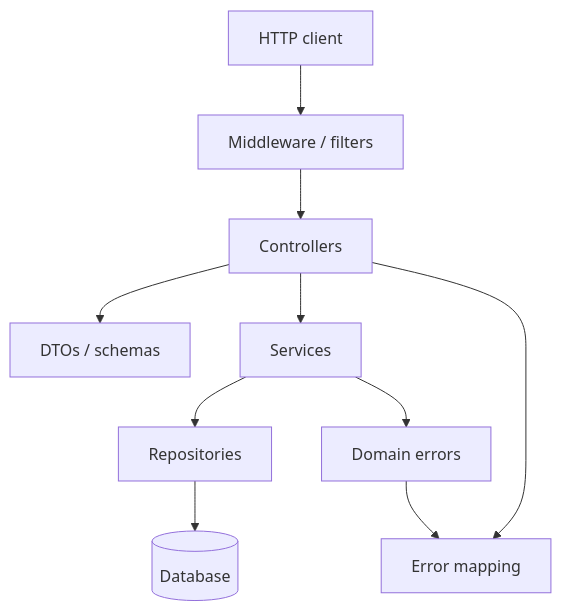
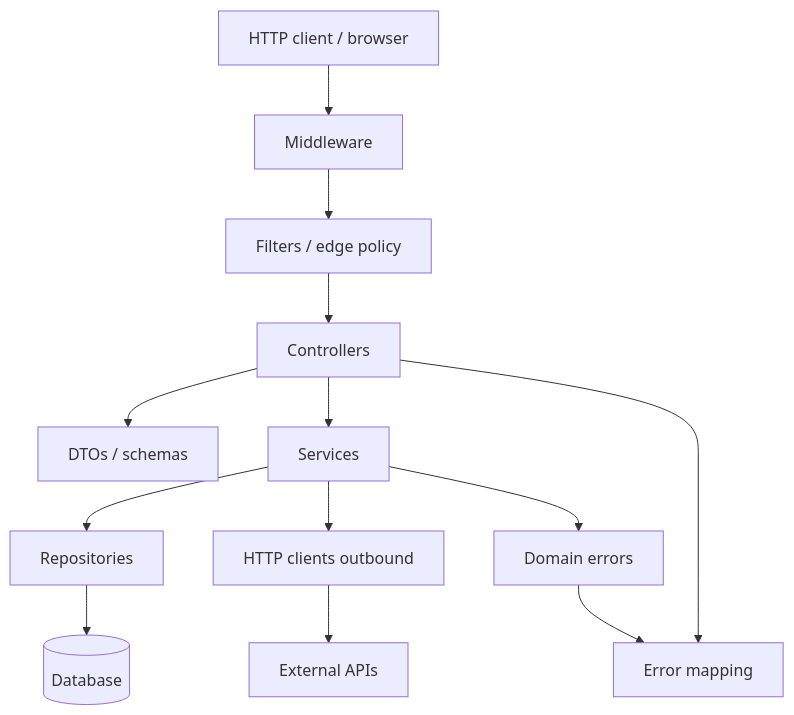
Before and after one commit to tiagoyamashita/content: the diagram in src/content/en/swe101/templates/ii-rest-package-layout.md, drawn with Mermaid. The commit also changed other lines of this file and 50 other files, not shown here.

````diff
--- a/src/content/en/swe101/templates/ii-rest-package-layout.md
+++ b/src/content/en/swe101/templates/ii-rest-package-layout.md
@@ -12,18 +12,22 @@
 ```mermaid
 flowchart TB
-  Client[HTTP client]
-  MW[Middleware / filters]
+  Client[HTTP client / browser]
+  MW[Middleware]
+  Filt[Filters / edge policy]
   Ctrl[Controllers]
   DTO[DTOs / schemas]
   Svc[Services]
   Repo[Repositories]
+  Out[HTTP clients outbound]
+  Ext[External APIs]
   DB[(Database)]
 
-  Client --> MW --> Ctrl
+  Client --> MW --> Filt --> Ctrl
   Ctrl --> DTO
   Ctrl --> Svc
   Svc --> Repo --> DB
+  Svc --> Out --> Ext
   Svc --> Err[Domain errors]
   Ctrl --> ErrMap[Error mapping]
   Err --> ErrMap
 ```
````
